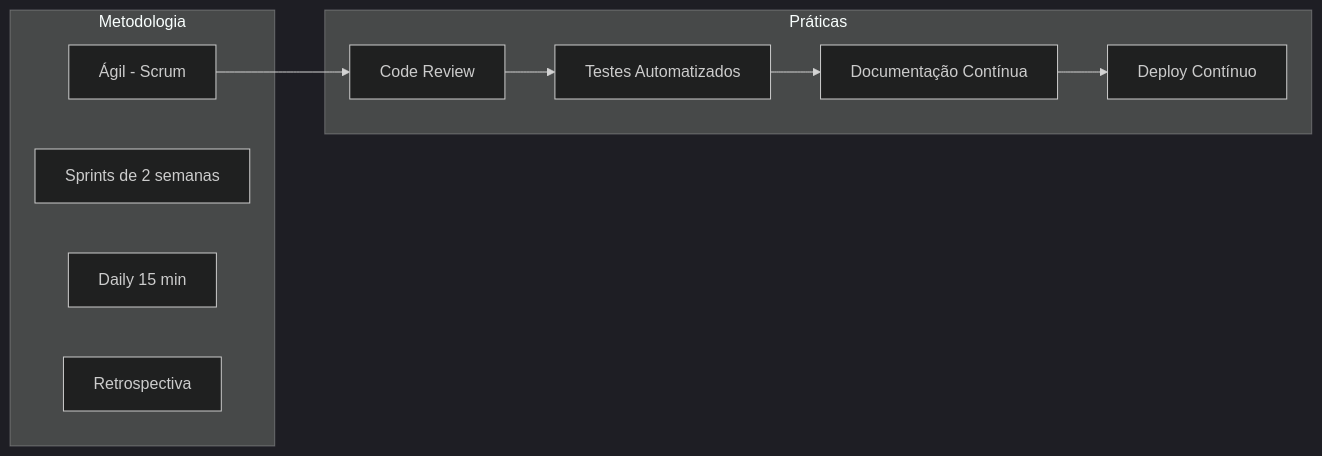
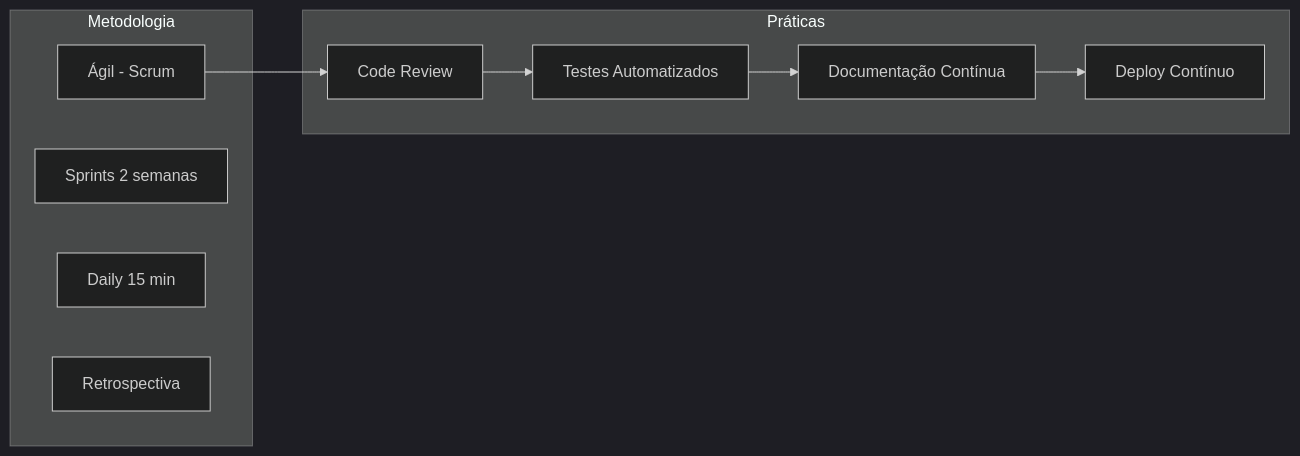
The fifth of 11 diagrams in documentation/docs/estrategia/project-model-canvas.mdx (matheusmendes720/workconnect-tcc), drawn with Mermaid (dark theme) before and after one commit. The commit also changed other lines of this file and 16 other files, not shown here.

````diff
--- a/documentation/docs/estrategia/project-model-canvas.mdx
+++ b/documentation/docs/estrategia/project-model-canvas.mdx
@@ -200,21 +192,21 @@
 ```mermaid
 flowchart LR
     subgraph METODOLOGIA["Metodologia"]
         AGIL[Ágil - Scrum]
-        SPRINT[Sprints de 2 semanas]
+        SPRINT[Sprints 2 semanas]
         DAILY[Daily 15 min]
         RETRO[Retrospectiva]
     end
-    
+
     subgraph PRATICAS["Práticas"]
         CODE[Code Review]
         TEST[Testes Automatizados]
         DOC[Documentação Contínua]
         DEPLOY[Deploy Contínuo]
     end
-    
+
     AGIL --> CODE
     CODE --> TEST
     TEST --> DOC
     DOC --> DEPLOY
 ```
````
